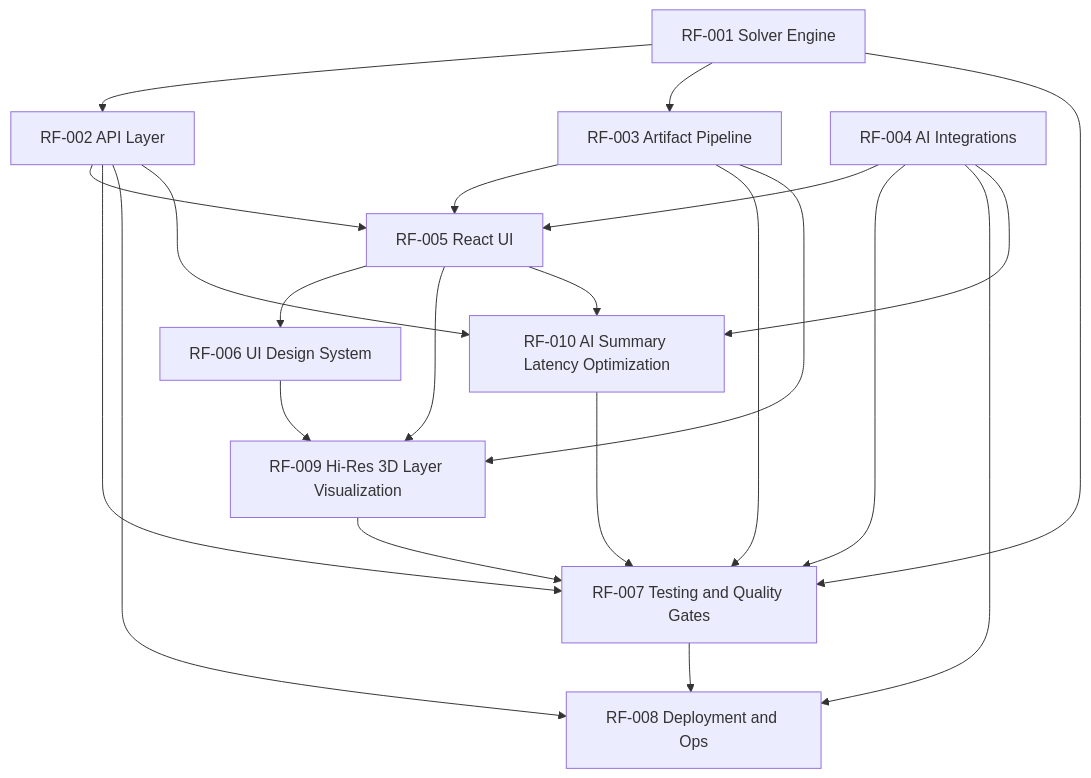
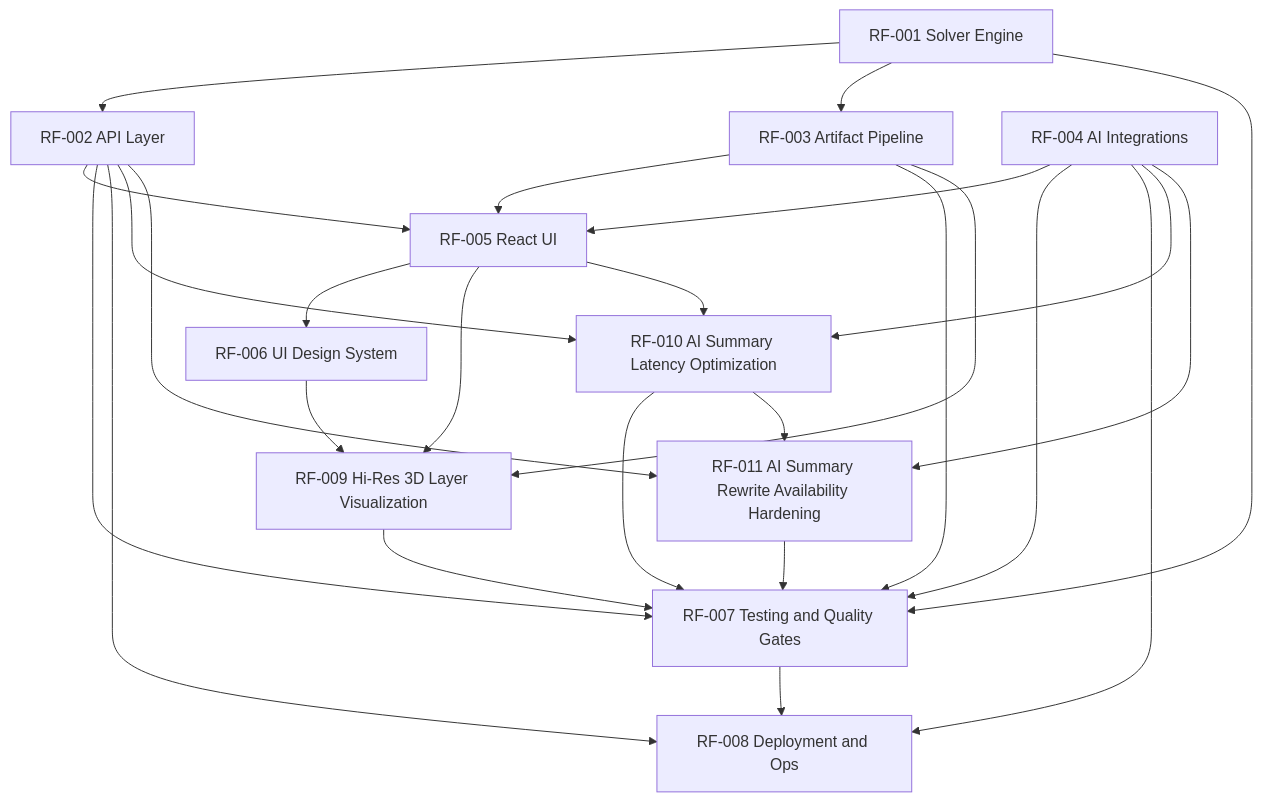
One commit to CB-Mjtripathi/Pallet_Coach_SDD changed the diagram in specs/features/FEATURE_CATALOG.md. Above: the diagram before and after it, drawn with Mermaid. The commit also changed other lines of this file and 19 other files, not shown here.

````diff
--- a/specs/features/FEATURE_CATALOG.md
+++ b/specs/features/FEATURE_CATALOG.md
@@ -60,24 +62,28 @@
 ```mermaid
 graph TD
     RF001[RF-001 Solver Engine] --> RF002[RF-002 API Layer]
     RF001 --> RF003[RF-003 Artifact Pipeline]
     RF002 --> RF005[RF-005 React UI]
     RF003 --> RF005
     RF004[RF-004 AI Integrations] --> RF005
     RF005 --> RF006[RF-006 UI Design System]
     RF001 --> RF007[RF-007 Testing and Quality Gates]
     RF002 --> RF007
     RF003 --> RF007
     RF004 --> RF007
     RF002 --> RF008[RF-008 Deployment and Ops]
     RF004 --> RF008
     RF007 --> RF008
     RF003 --> RF009[RF-009 Hi-Res 3D Layer Visualization]
     RF005 --> RF009
     RF006 --> RF009
     RF009 --> RF007
     RF002 --> RF010[RF-010 AI Summary Latency Optimization]
     RF004 --> RF010
     RF005 --> RF010
     RF010 --> RF007
+    RF002 --> RF011[RF-011 AI Summary Rewrite Availability Hardening]
+    RF004 --> RF011
+    RF010 --> RF011
+    RF011 --> RF007
 ```
````
